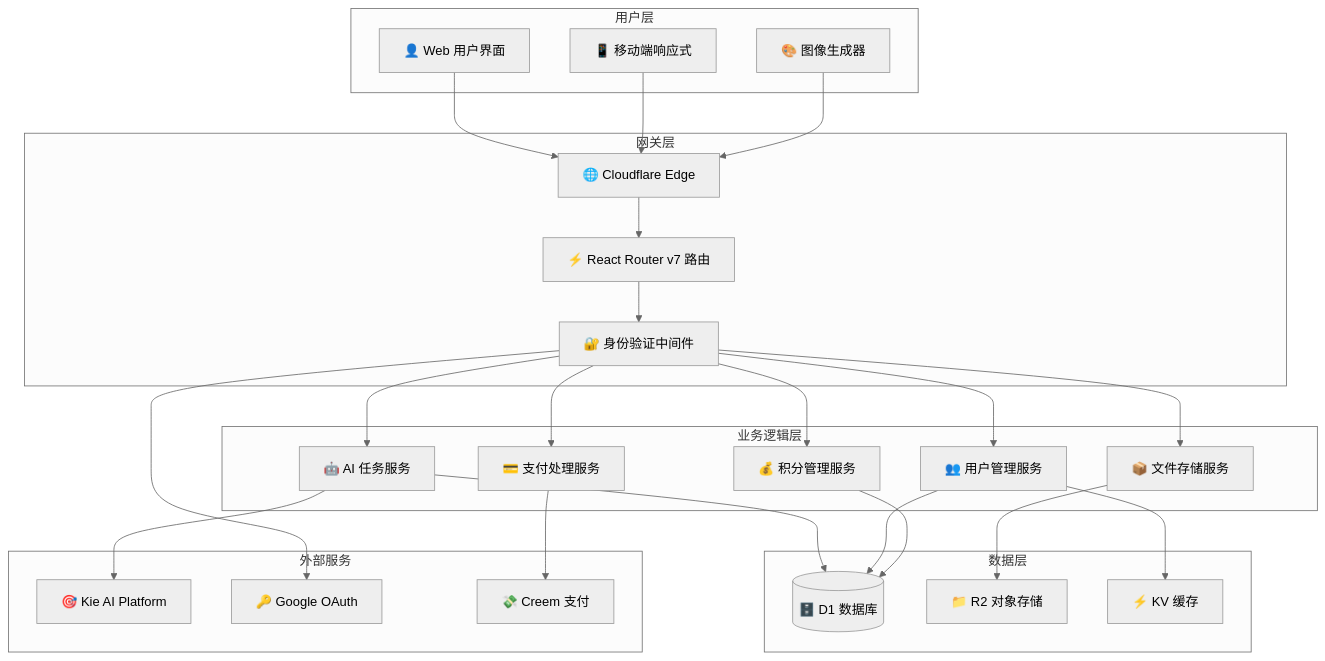
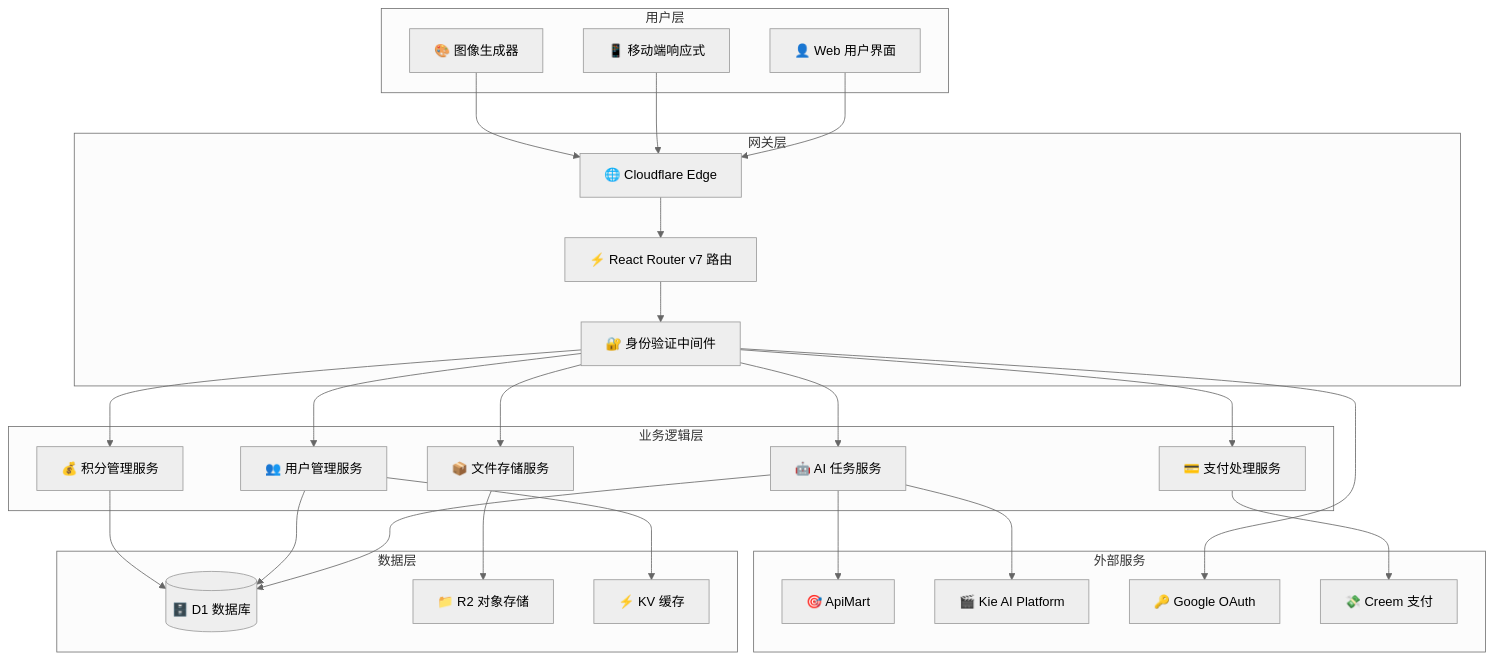
The first of 4 diagrams in README.md (slideology/nanobananaimagetool), drawn with Mermaid (neutral theme) before and after one commit. The commit also changed other lines of this file and 17 other files, not shown here.

Commit message:
Add ApiMart Seedance 2.0 video support

````diff
--- a/README.md
+++ b/README.md
@@ -71,55 +74,57 @@
 ```mermaid
 graph TB
     subgraph "用户层"
         A[👤 Web 用户界面]
         B[📱 移动端响应式]
         C[🎨 图像生成器]
     end
     
     subgraph "网关层"
         D[🌐 Cloudflare Edge]
         E[⚡ React Router v7 路由]
         F[🔐 身份验证中间件]
     end
     
     subgraph "业务逻辑层"
         G[🤖 AI 任务服务]
         H[👥 用户管理服务]
         I[💰 积分管理服务]
         J[📦 文件存储服务]
         K[💳 支付处理服务]
     end
     
     subgraph "数据层"
         L[(🗄️ D1 数据库)]
         M[📁 R2 对象存储]
         N[⚡ KV 缓存]
     end
     
     subgraph "外部服务"
-        O[🎯 Kie AI Platform]
+        O[🎯 ApiMart]
+        V[🎬 Kie AI Platform]
         P[🔑 Google OAuth]
         Q[💸 Creem 支付]
     end
     
     A --> D
     B --> D
     C --> D
     D --> E
     E --> F
     F --> G
     F --> H
     F --> I
     F --> J
     F --> K
     
     G --> L
     H --> L
     I --> L
     J --> M
     H --> N
     
     G --> O
+    G --> V
     F --> P
     K --> Q
 ```
````
